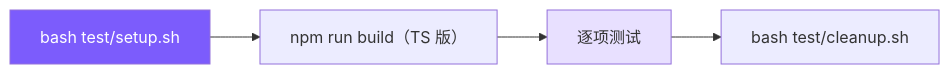
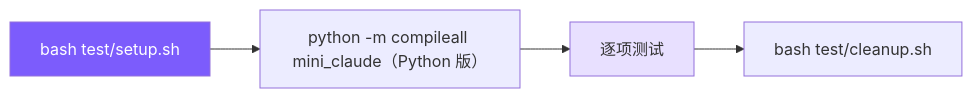
One commit to Kellin233/nano_code changed the diagram in docs/14-testing.md. Above: the diagram before and after it, drawn with Mermaid. The commit also changed other lines of this file and 114 other files, not shown here.

````diff
--- a/docs/14-testing.md
+++ b/docs/14-testing.md
@@ -7,9 +7,9 @@
 ```mermaid
 graph LR
-    Setup["bash test/setup.sh"] --> Build["npm run build（TS 版）"]
+    Setup["bash test/setup.sh"] --> Build["python -m compileall mini_claude（Python 版）"]
     Build --> Test["逐项测试"]
     Test --> Cleanup["bash test/cleanup.sh"]
 
     style Setup fill:#7c5cfc,color:#fff
     style Test fill:#e8e0ff
 ```
````
